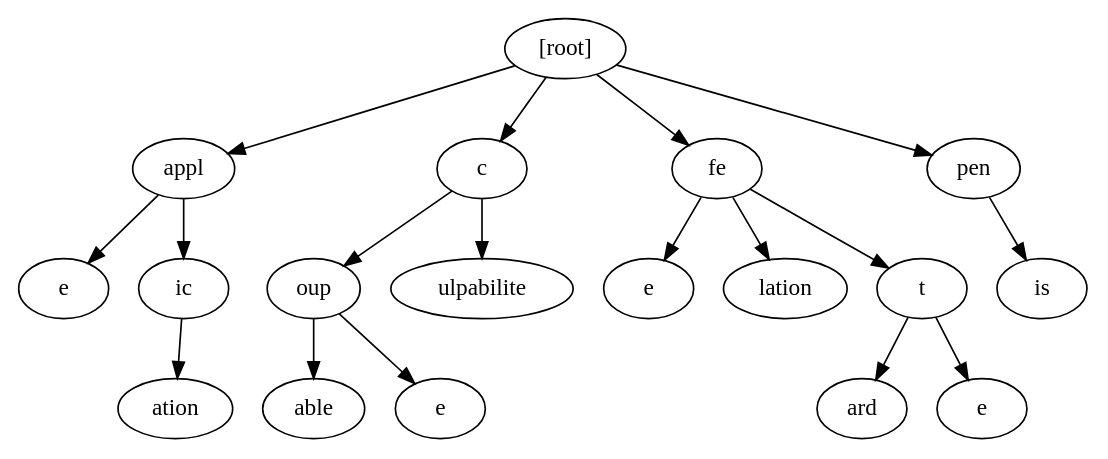
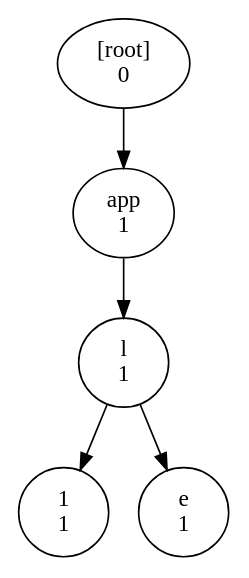
One commit to Miniflint/irc changed the diagram in t.dot. Above: the diagram before and after it, drawn with Graphviz. The commit also changed 11 other files, not shown here.

```diff
--- a/t.dot
+++ b/t.dot
@@ -1,37 +1,16 @@
 digraph viz {
-	"0x7fff577506b0" [label="[root]"]
-	"0x60e95313f740" [label="appl"]
-	"0x60e95313ef10" [label="e"]
-	"0x60e95313f740" -> "0x60e95313ef10"
-	"0x60e95313ff70" [label="ic"]
-	"0x60e9531407a0" [label="ation"]
-	"0x60e95313ff70" -> "0x60e9531407a0"
-	"0x60e95313f740" -> "0x60e95313ff70"
-	"0x7fff577506b0" -> "0x60e95313f740"
-	"0x60e953145980" [label="c"]
-	"0x60e953144920" [label="oup"]
-	"0x60e953145150" [label="able"]
-	"0x60e953144920" -> "0x60e953145150"
-	"0x60e9531440f0" [label="e"]
-	"0x60e953144920" -> "0x60e9531440f0"
-	"0x60e953145980" -> "0x60e953144920"
-	"0x60e9531461b0" [label="ulpabilite"]
-	"0x60e953145980" -> "0x60e9531461b0"
-	"0x7fff577506b0" -> "0x60e953145980"
-	"0x60e953142860" [label="fe"]
-	"0x60e9531438c0" [label="e"]
-	"0x60e953142860" -> "0x60e9531438c0"
-	"0x60e953143090" [label="lation"]
-	"0x60e953142860" -> "0x60e953143090"
-	"0x60e953141800" [label="t"]
-	"0x60e953142030" [label="ard"]
-	"0x60e953141800" -> "0x60e953142030"
-	"0x60e953140fd0" [label="e"]
-	"0x60e953141800" -> "0x60e953140fd0"
-	"0x60e953142860" -> "0x60e953141800"
-	"0x7fff577506b0" -> "0x60e953142860"
-	"0x60e95313e6e0" [label="pen"]
-	"0x60e95313deb0" [label="is"]
-	"0x60e95313e6e0" -> "0x60e95313deb0"
-	"0x7fff577506b0" -> "0x60e95313e6e0"
+	"0x7ffdc33406d0" [label="[root]
+0"]
+	"0x5df084ce4eb0" [label="app
+1"]
+	"0x5df084ce5f10" [label="l
+1"]
+	"0x5df084ce6740" [label="1
+1"]
+	"0x5df084ce5f10" -> "0x5df084ce6740"
+	"0x5df084ce56e0" [label="e
+1"]
+	"0x5df084ce5f10" -> "0x5df084ce56e0"
+	"0x5df084ce4eb0" -> "0x5df084ce5f10"
+	"0x7ffdc33406d0" -> "0x5df084ce4eb0"
 }
```
